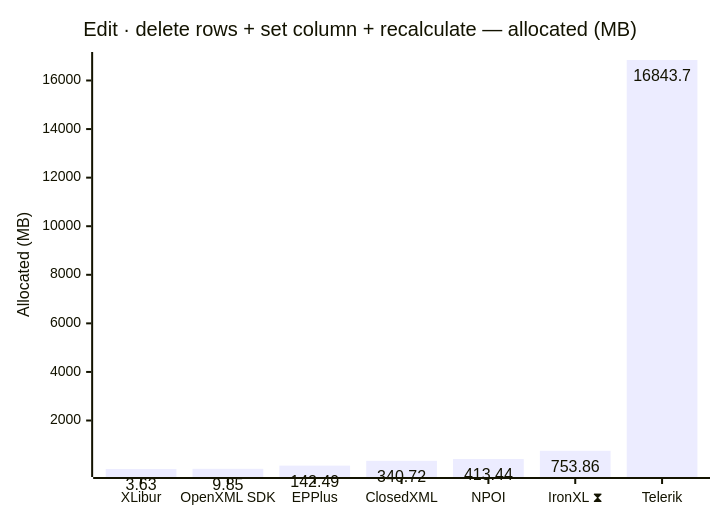
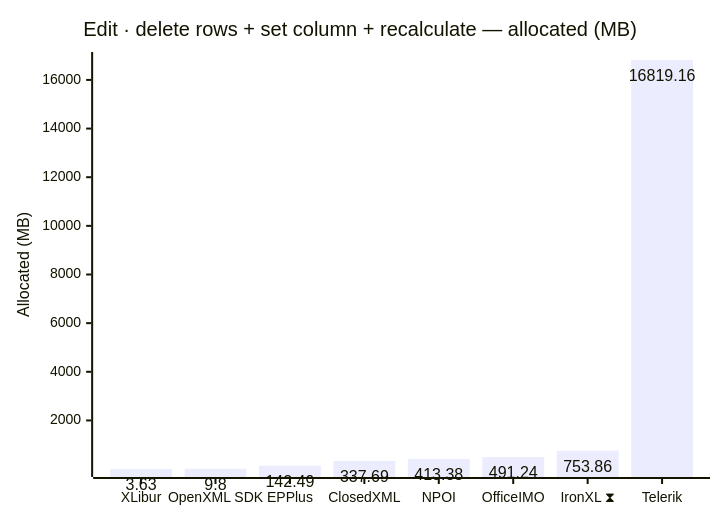
The tenth of 12 diagrams in docs/results.md (jafin/XLBench), drawn with Mermaid before and after one commit. The commit also changed other lines of this file and 17 other files, not shown here.

First line of the commit message:
Add OfficeIMO.Excel to the benchmark suite and publish full-fidelity results (#33)

````diff
--- a/docs/results.md
+++ b/docs/results.md
@@ -157,12 +158,12 @@
 ```mermaid
 ---
 config:
   xyChart:
     showDataLabel: true
 ---
 xychart-beta
     title "Edit · delete rows + set column + recalculate — allocated (MB)"
-    x-axis ["XLibur", "OpenXML SDK", "EPPlus", "ClosedXML", "NPOI", "IronXL ⧗", "Telerik"]
+    x-axis ["XLibur", "OpenXML SDK", "EPPlus", "ClosedXML", "NPOI", "OfficeIMO", "IronXL ⧗", "Telerik"]
     y-axis "Allocated (MB)"
-    bar [3.63, 9.85, 142.49, 340.72, 413.44, 753.86, 16843.7]
+    bar [3.63, 9.8, 142.49, 337.69, 413.38, 491.24, 753.86, 16819.16]
 ```
````
